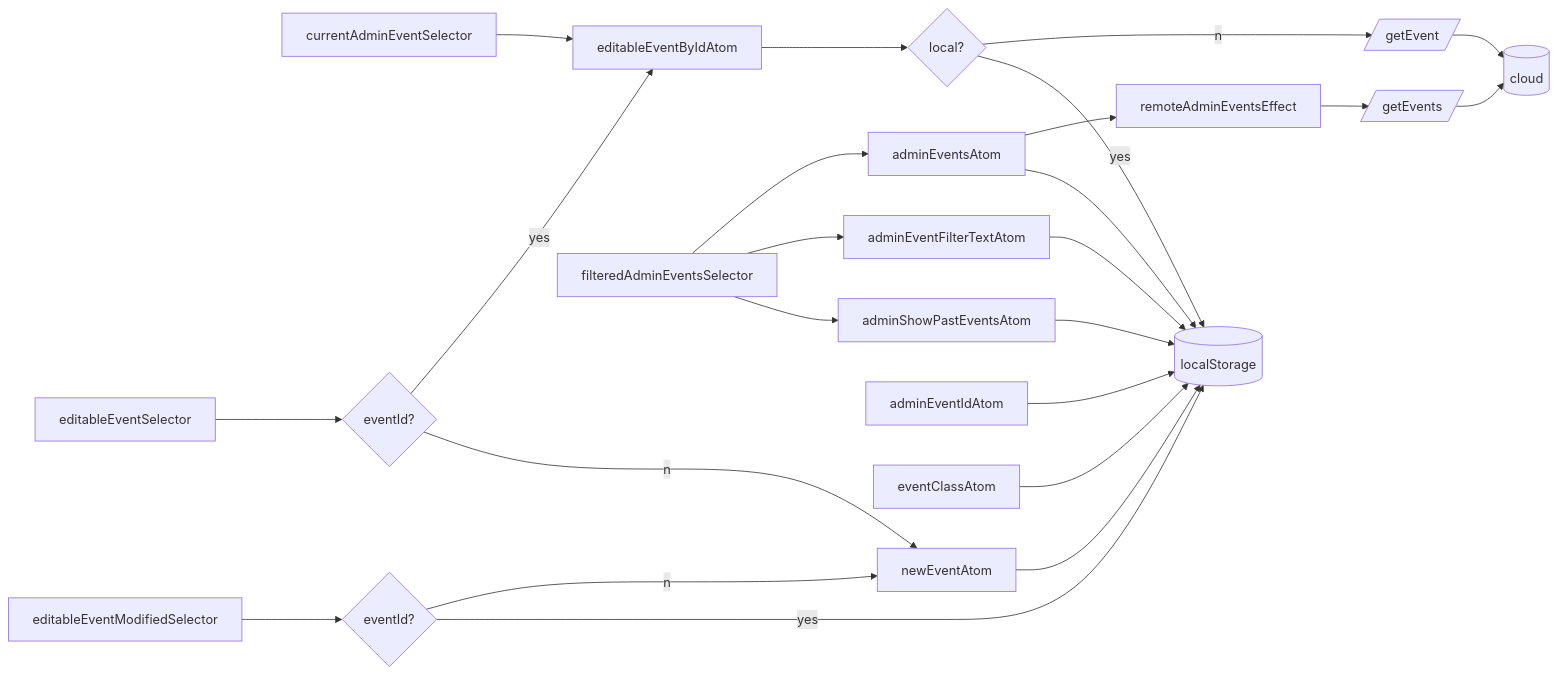
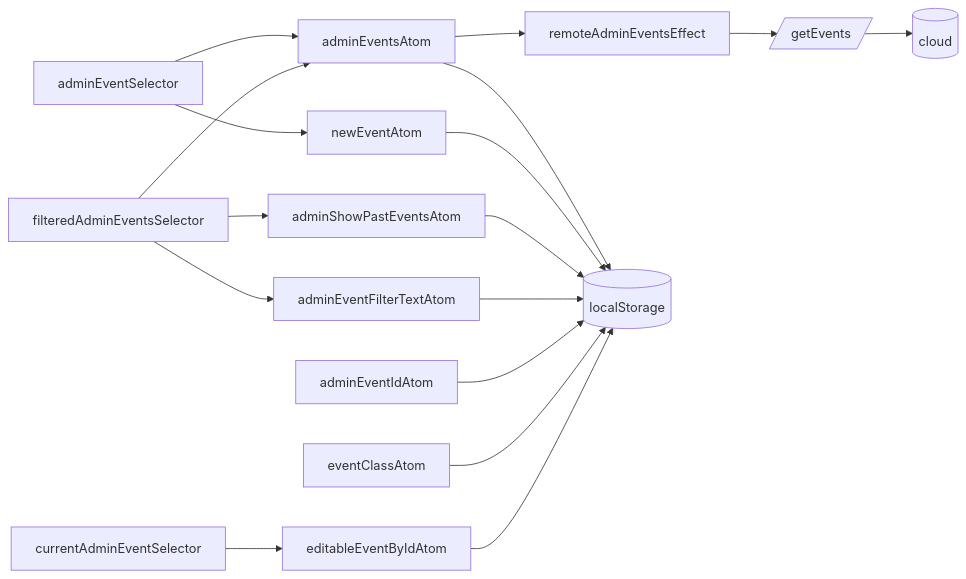
Before and after one commit to koekalenteri/koekalenteri: the first of 4 diagrams in koekalenteri-frontend/src/pages/admin/recoil/README.md, drawn with Mermaid. The commit also changed 17 other files, not shown here.

````diff
--- a/koekalenteri-frontend/src/pages/admin/recoil/README.md
+++ b/koekalenteri-frontend/src/pages/admin/recoil/README.md
@@ -7,32 +7,25 @@
 ```mermaid
 graph LR
   adminEventsAtom-->remoteAdminEventsEffect
   adminEventsAtom-->storageEffect
   newEventAtom-->storageEffect
   adminShowPastEventsAtom-->storageEffect
   adminEventFilterTextAtom-->storageEffect
   adminEventIdAtom-->storageEffect
   eventClassAtom-->storageEffect
-  editableEventByIdAtom-->Q{local?}
-  Q--no-->getEvent[/getEvent/]-->aws
-  Q--yes-->storageEffect
+  editableEventByIdAtom-->storageEffect
 
   storageEffect[(localStorage)]
   remoteAdminEventsEffect-->getEvents[/getEvents/]-->aws
+
+  adminEventSelector-->newEventAtom
+  adminEventSelector-->adminEventsAtom
 
   currentAdminEventSelector-->editableEventByIdAtom
 
   filteredAdminEventsSelector-->adminEventsAtom
   filteredAdminEventsSelector-->adminEventFilterTextAtom
   filteredAdminEventsSelector-->adminShowPastEventsAtom
 
-  editableEventSelector-->Q1{eventId?}
-  Q1--yes-->editableEventByIdAtom
-  Q1--no-->newEventAtom
-
-  editableEventModifiedSelector-->Q2{eventId?}
-  Q2--no-->newEventAtom
-  Q2--yes-->storageEffect
-
   aws[(cloud)]
 ```
````
